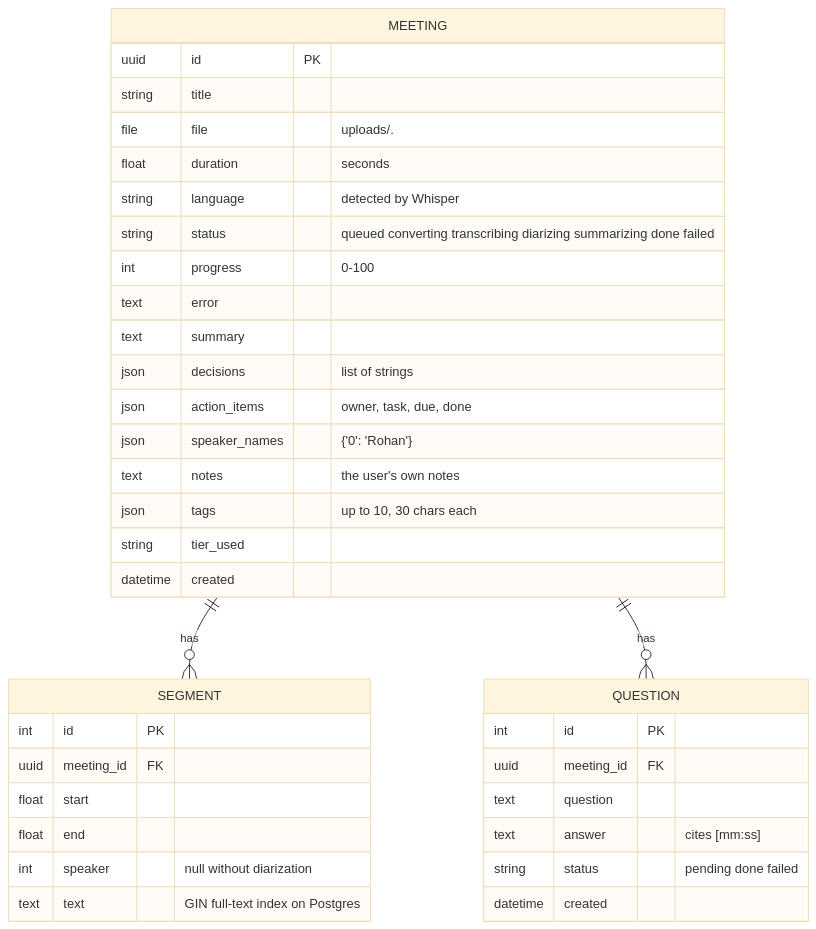
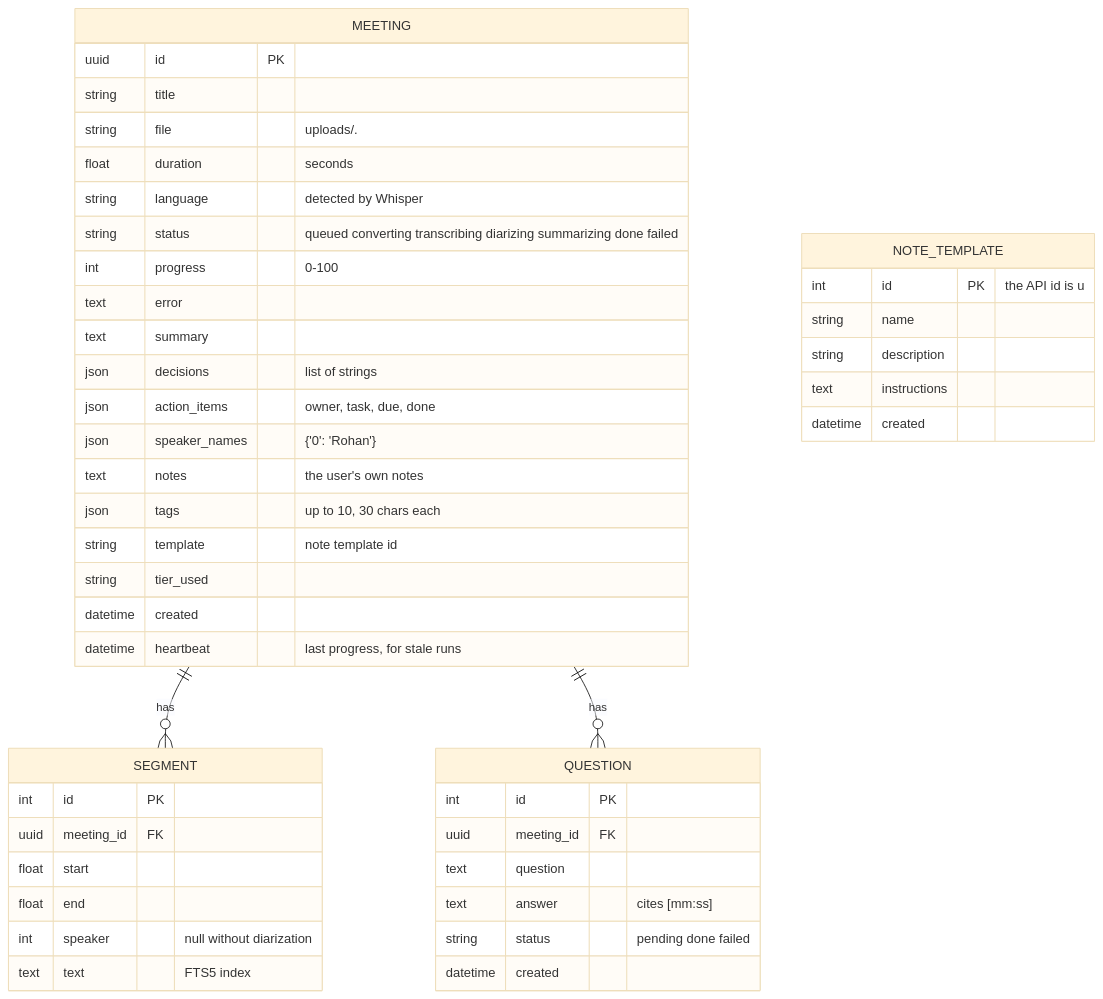
The third of 3 diagrams in docs/ARCHITECTURE.md (kashish1809/PrivMeet), drawn with Mermaid (base theme) before and after one commit. The commit also changed other lines of this file and 6 other files, not shown here.

````diff
--- a/docs/ARCHITECTURE.md
+++ b/docs/ARCHITECTURE.md
@@ -126,39 +120,48 @@
 ```mermaid
 erDiagram
   MEETING ||--o{ SEGMENT : has
   MEETING ||--o{ QUESTION : has
   MEETING {
     uuid id PK
     string title
-    file file "uploads/<random>.<ext>"
+    string file "uploads/<random>.<ext>"
     float duration "seconds"
     string language "detected by Whisper"
     string status "queued converting transcribing diarizing summarizing done failed"
     int progress "0-100"
     text error
     text summary
     json decisions "list of strings"
     json action_items "owner, task, due, done"
     json speaker_names "{'0': 'Rohan'}"
     text notes "the user's own notes"
     json tags "up to 10, 30 chars each"
+    string template "note template id"
     string tier_used
     datetime created
+    datetime heartbeat "last progress, for stale runs"
   }
   SEGMENT {
     int id PK
     uuid meeting_id FK
     float start
     float end
     int speaker "null without diarization"
-    text text "GIN full-text index on Postgres"
+    text text "FTS5 index"
   }
   QUESTION {
     int id PK
     uuid meeting_id FK
     text question
     text answer "cites [mm:ss]"
     string status "pending done failed"
     datetime created
   }
+  NOTE_TEMPLATE {
+    int id PK "the API id is u<id>"
+    string name
+    string description
+    text instructions
+    datetime created
+  }
 ```
````
